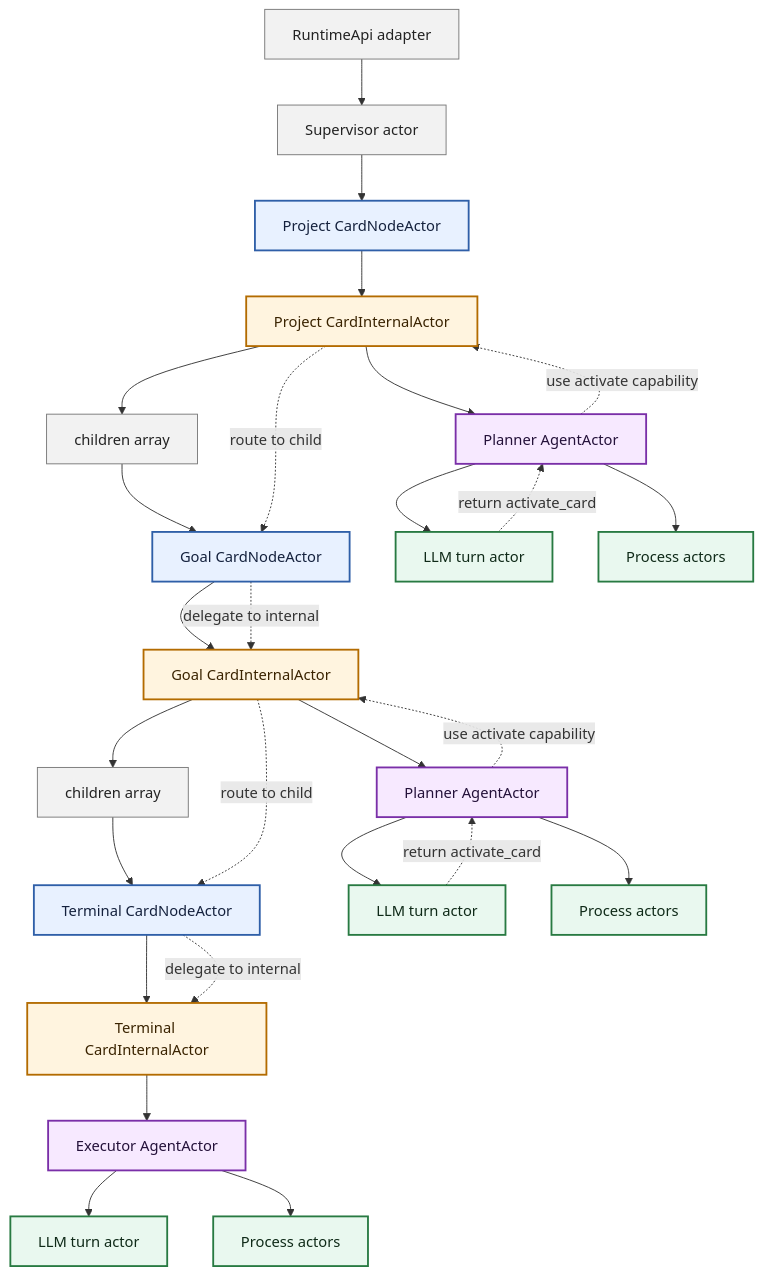
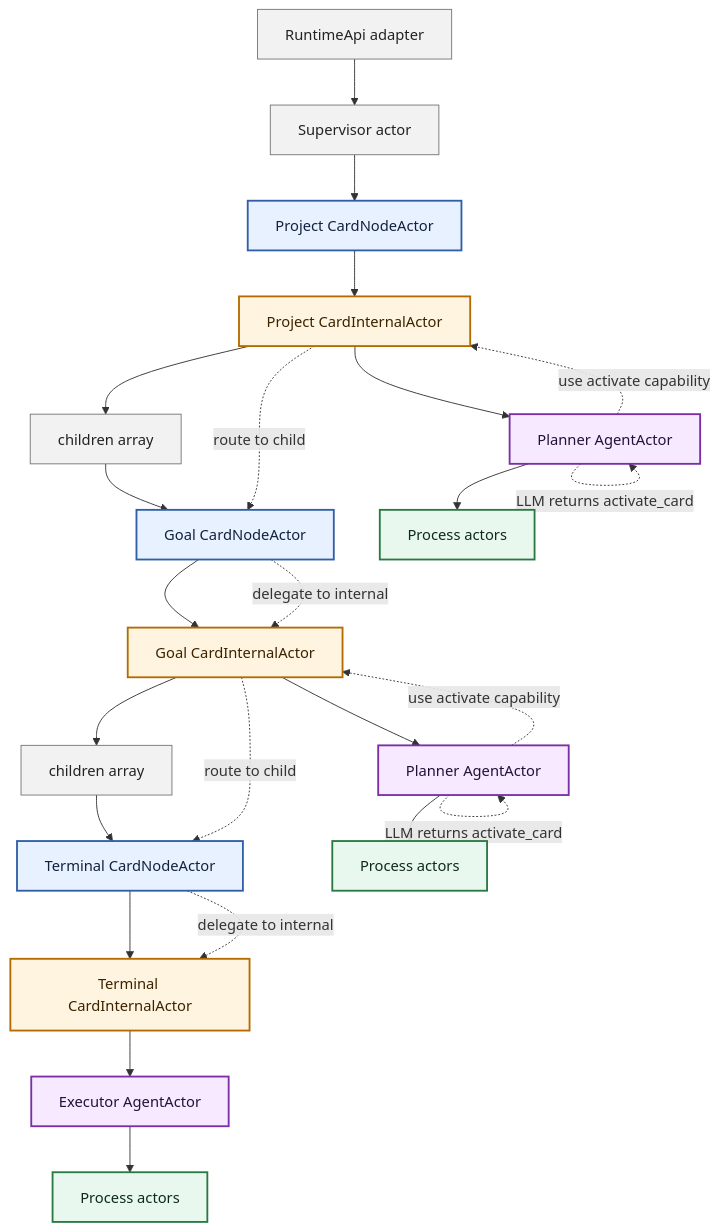
One commit to salva/saivage-v3 changed the first of 2 diagrams in docs/architecture/xstate-runtime-core.md. Above: the diagram before and after it, drawn with Mermaid. The commit also changed other lines of this file and 1 other file, not shown here.

````diff
--- a/docs/architecture/xstate-runtime-core.md
+++ b/docs/architecture/xstate-runtime-core.md
@@ -64,47 +64,44 @@
 ```mermaid
 graph TD
   api[RuntimeApi adapter] --> supervisor[Supervisor actor]
   supervisor --> projectNode
 
   projectNode[Project CardNodeActor] --> projectInternal[Project CardInternalActor]
   projectInternal --> projectChildren[children array]
   projectChildren --> goalNode[Goal CardNodeActor]
 
   goalNode --> goalInternal[Goal CardInternalActor]
   goalInternal --> goalChildren[children array]
   goalChildren --> terminalNode[Terminal CardNodeActor]
 
   terminalNode --> terminalInternal[Terminal CardInternalActor]
 
   projectInternal --> projectAgent[Planner AgentActor]
   goalInternal --> goalAgent[Planner AgentActor]
   terminalInternal --> terminalAgent[Executor AgentActor]
 
-  projectAgent --> projectTurn[LLM turn actor]
   projectAgent --> projectProcess[Process actors]
-  goalAgent --> goalTurn[LLM turn actor]
   goalAgent --> goalProcess[Process actors]
-  terminalAgent --> terminalTurn[LLM turn actor]
   terminalAgent --> terminalProcess[Process actors]
 
-  projectTurn -. return activate_card .-> projectAgent
+  projectAgent -. LLM returns activate_card .-> projectAgent
   projectAgent -. use activate capability .-> projectInternal
   projectInternal -. route to child .-> goalNode
   goalNode -. delegate to internal .-> goalInternal
-  goalTurn -. return activate_card .-> goalAgent
+  goalAgent -. LLM returns activate_card .-> goalAgent
   goalAgent -. use activate capability .-> goalInternal
   goalInternal -. route to child .-> terminalNode
   terminalNode -. delegate to internal .-> terminalInternal
 
   classDef nodeActor fill:#e8f1ff,stroke:#2f5fa8,stroke-width:2px,color:#14213d
   classDef internalActor fill:#fff4df,stroke:#b36b00,stroke-width:2px,color:#3a2300
   classDef agentActor fill:#f7e9ff,stroke:#7a2fa8,stroke-width:2px,color:#24113a
   classDef resourceActor fill:#e9f8ef,stroke:#287a42,stroke-width:2px,color:#0f2a18
   classDef support fill:#f2f2f2,stroke:#777,stroke-width:1px,color:#222
 
   class projectNode,goalNode,terminalNode nodeActor
   class projectInternal,goalInternal,terminalInternal internalActor
   class projectAgent,goalAgent,terminalAgent agentActor
-  class projectTurn,projectProcess,goalTurn,goalProcess,terminalTurn,terminalProcess resourceActor
+  class projectProcess,goalProcess,terminalProcess resourceActor
   class api,supervisor,projectChildren,goalChildren support
 ```
````
